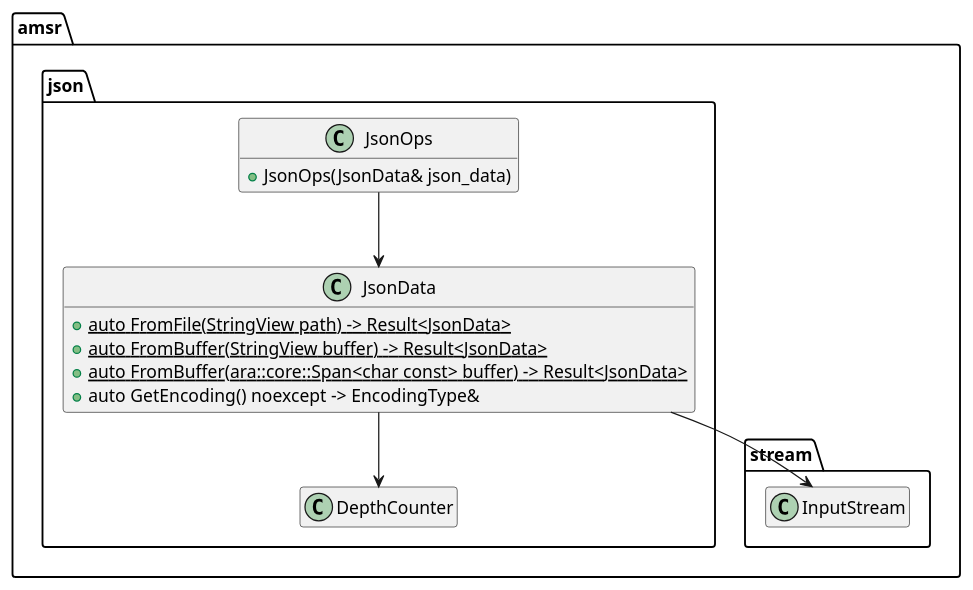
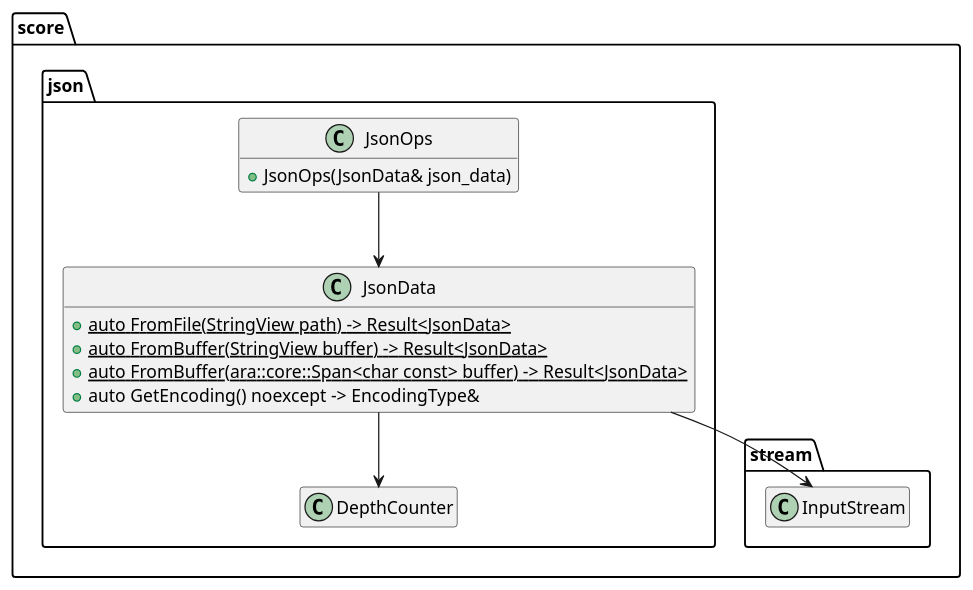
Before and after one commit to eclipse-score/baselibs: the eighth of 9 diagrams in docs/baselibs/components/json/docs/vajson/design/logical/Reader.rst, drawn with PlantUML. The commit also changed other lines of this file and 5 other files, not shown here.

```diff
--- a/docs/baselibs/components/json/docs/vajson/design/logical/Reader.rst
+++ b/docs/baselibs/components/json/docs/vajson/design/logical/Reader.rst
@@ -610,31 +559,31 @@
 .. uml::
 
     @startuml
     hide empty members
 
-    package "amsr" {
+    package "score" {
       package stream {
         class InputStream {}
       }
       package "json" {
         class JsonOps {
           + JsonOps(JsonData& json_data)
         }
 
         class JsonData {
           + {static} auto FromFile(StringView path) -> Result<JsonData>
           + {static} auto FromBuffer(StringView buffer) -> Result<JsonData>
           + {static} auto FromBuffer(ara::core::Span<char const> buffer) -> Result<JsonData>
           + auto GetEncoding() noexcept -> EncodingType&
         }
 
         class DepthCounter {}
       }
     }
 
     JsonOps --> JsonData
 
     JsonData --> InputStream
     JsonData --> DepthCounter
 
     @enduml
```
